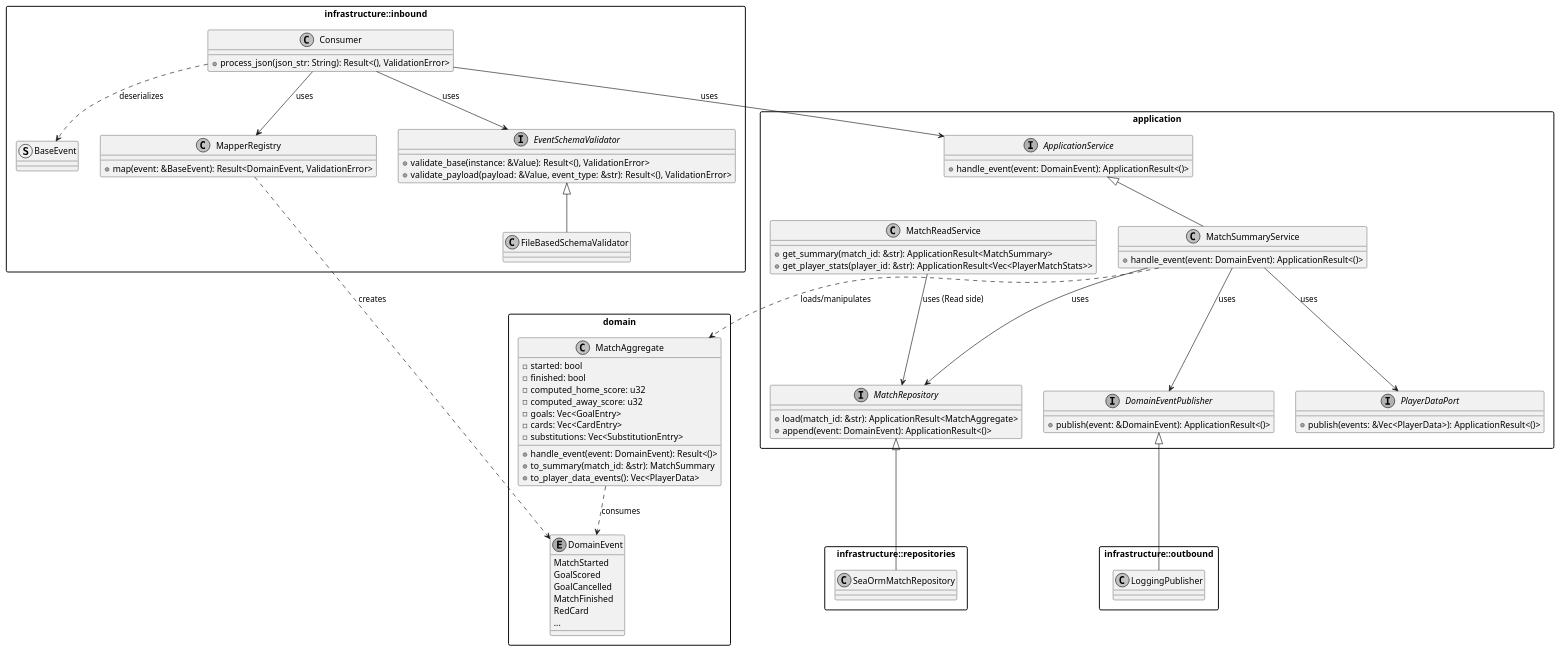
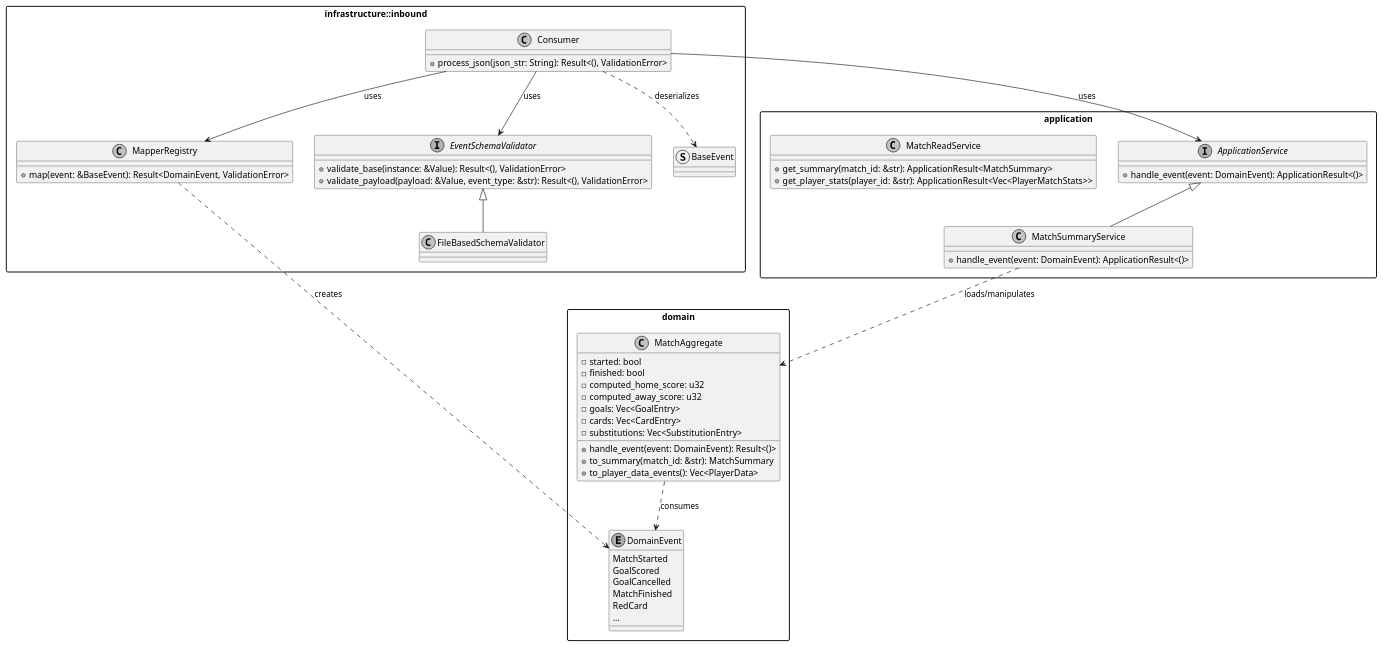
The diagram in repo-root/groups/group-04-summarize-match/class-diagram.puml (EFREI-BDX/tp-five-5), drawn with PlantUML before and after one commit. The commit also changed other lines of this file, not shown here.

Commit message:
Refactor class diagram by removing unused components
Removed unused interfaces and classes from the class diagram, including MatchRepository, DomainEventPublisher, and PlayerDataPort. Updated relationships and dependencies to reflect the changes.

```diff
--- a/repo-root/groups/group-04-summarize-match/class-diagram.puml
+++ b/repo-root/groups/group-04-summarize-match/class-diagram.puml
@@ -1,105 +1,67 @@
 @startuml
-
 skinparam monochrome true
 skinparam packageStyle rectangle
 skinparam shadowing false
 
 package "infrastructure::inbound" {
     class Consumer {
         + process_json(json_str: String): Result<(), ValidationError>
     }
-
     interface EventSchemaValidator {
         + validate_base(instance: &Value): Result<(), ValidationError>
         + validate_payload(payload: &Value, event_type: &str): Result<(), ValidationError>
     }
-
     class FileBasedSchemaValidator
     EventSchemaValidator <|-- FileBasedSchemaValidator
-
     class MapperRegistry {
         + map(event: &BaseEvent): Result<DomainEvent, ValidationError>
     }
-
     struct BaseEvent
 }
 
 package "application" {
     interface ApplicationService {
         + handle_event(event: DomainEvent): ApplicationResult<()>
     }
-
     class MatchSummaryService {
         + handle_event(event: DomainEvent): ApplicationResult<()>
     }
     ApplicationService <|-- MatchSummaryService
-
-    interface MatchRepository {
-        + load(match_id: &str): ApplicationResult<MatchAggregate>
-        + append(event: DomainEvent): ApplicationResult<()>
-    }
-
-    interface DomainEventPublisher {
-        + publish(event: &DomainEvent): ApplicationResult<()>
-    }
-
-    interface PlayerDataPort {
-        + publish(events: &Vec<PlayerData>): ApplicationResult<()>
-    }
-
     class MatchReadService {
         + get_summary(match_id: &str): ApplicationResult<MatchSummary>
         + get_player_stats(player_id: &str): ApplicationResult<Vec<PlayerMatchStats>>
     }
 }
 
 package "domain" {
     class MatchAggregate {
         - started: bool
         - finished: bool
         - computed_home_score: u32
         - computed_away_score: u32
         - goals: Vec<GoalEntry>
         - cards: Vec<CardEntry>
         - substitutions: Vec<SubstitutionEntry>
         + handle_event(event: DomainEvent): Result<()>
         + to_summary(match_id: &str): MatchSummary
         + to_player_data_events(): Vec<PlayerData>
     }
-
     enum DomainEvent {
         MatchStarted
         GoalScored
         GoalCancelled
         MatchFinished
         RedCard
         ...
     }
 }
 
-package "infrastructure::repositories" {
-    class SeaOrmMatchRepository
-    MatchRepository <|-- SeaOrmMatchRepository
-}
-
-package "infrastructure::outbound" {
-    class LoggingPublisher
-    DomainEventPublisher <|-- LoggingPublisher
-}
-
 Consumer --> ApplicationService : uses
 Consumer --> EventSchemaValidator : uses
 Consumer --> MapperRegistry : uses
 MapperRegistry ..> DomainEvent : creates
 Consumer ..> BaseEvent : deserializes
-
-MatchSummaryService --> MatchRepository : uses
-MatchSummaryService --> DomainEventPublisher : uses
-MatchSummaryService --> PlayerDataPort : uses
-
 MatchSummaryService ..> MatchAggregate : loads/manipulates
 MatchAggregate ..> DomainEvent : consumes
 
-MatchReadService --> MatchRepository : uses (Read side)
-
 @enduml
```
